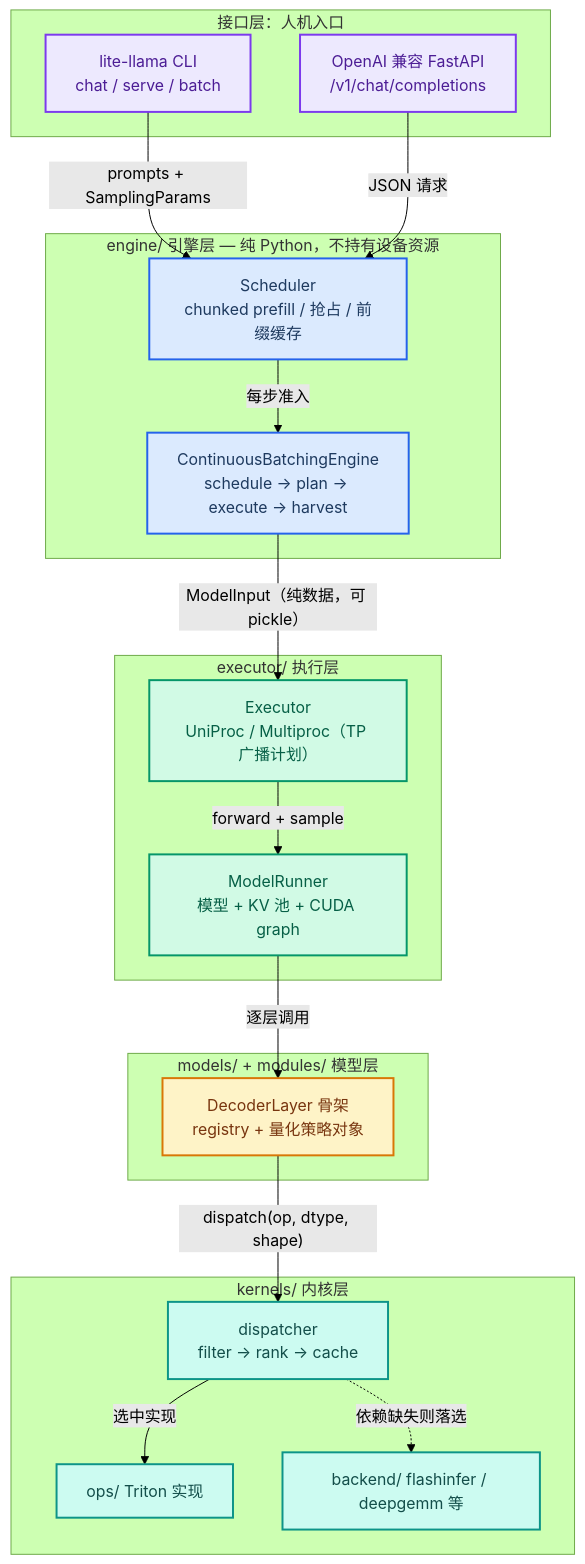
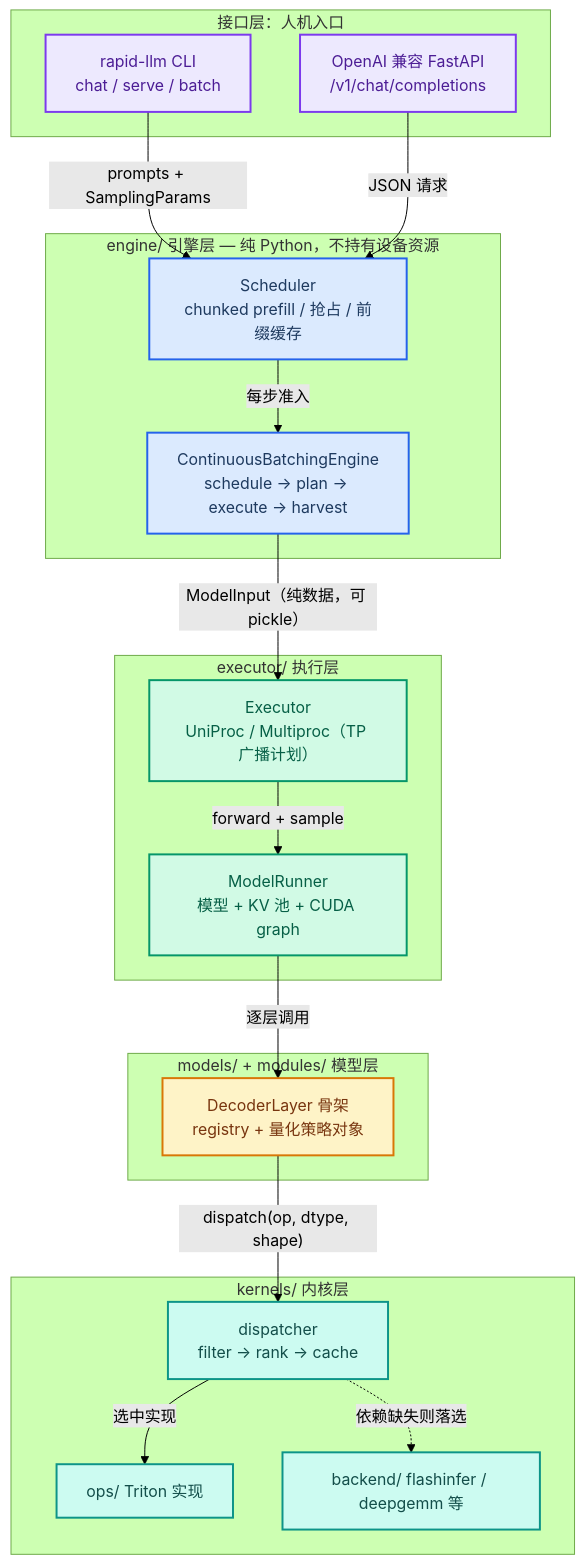
Before and after one commit to harleyszhang/lite_llama: the diagram in docs/introduction.md, drawn with Mermaid (forest theme). The commit also changed other lines of this file and 575 other files, not shown here.

First line of the commit message:
refactor!: rename the package from lite_llama to rapid_llm

````diff
--- a/docs/introduction.md
+++ b/docs/introduction.md
@@ -93,42 +93,42 @@
 ```mermaid
 graph TB
     subgraph L1["接口层：人机入口"]
-        CLI["lite-llama CLI<br/>chat / serve / batch"]
+        CLI["rapid-llm CLI<br/>chat / serve / batch"]
         API["OpenAI 兼容 FastAPI<br/>/v1/chat/completions"]
     end
     subgraph L2["engine/ 引擎层 — 纯 Python，不持有设备资源"]
         SCHED["Scheduler<br/>chunked prefill / 抢占 / 前缀缓存"]
         ENG["ContinuousBatchingEngine<br/>schedule → plan → execute → harvest"]
     end
     subgraph L3["executor/ 执行层"]
         EXE["Executor<br/>UniProc / Multiproc（TP 广播计划）"]
         RUN["ModelRunner<br/>模型 + KV 池 + CUDA graph"]
     end
     subgraph L4["models/ + modules/ 模型层"]
         MOD["DecoderLayer 骨架<br/>registry + 量化策略对象"]
     end
     subgraph L5["kernels/ 内核层"]
         DSP["dispatcher<br/>filter → rank → cache"]
         OPS["ops/ Triton 实现"]
         BE["backend/ flashinfer / deepgemm 等"]
     end
     CLI -->|"prompts + SamplingParams"| SCHED
     API -->|"JSON 请求"| SCHED
     SCHED -->|"每步准入"| ENG
     ENG -->|"ModelInput（纯数据，可 pickle）"| EXE
     EXE -->|"forward + sample"| RUN
     RUN -->|"逐层调用"| MOD
     MOD -->|"dispatch(op, dtype, shape)"| DSP
     DSP -->|"选中实现"| OPS
     DSP -.->|"依赖缺失则落选"| BE
     classDef ext fill:#ede9fe,stroke:#7c3aed,stroke-width:2px,color:#4c1d95
     classDef orch fill:#dbeafe,stroke:#2563eb,stroke-width:2px,color:#1e3a5f
     classDef proc fill:#d1fae5,stroke:#059669,stroke-width:2px,color:#065f46
     classDef model fill:#fef3c7,stroke:#d97706,stroke-width:2px,color:#78350f
     classDef kern fill:#ccfbf1,stroke:#0d9488,stroke-width:2px,color:#134e4a
     class CLI,API ext
     class SCHED,ENG orch
     class EXE,RUN proc
     class MOD model
     class DSP,OPS,BE kern
 ```
````
